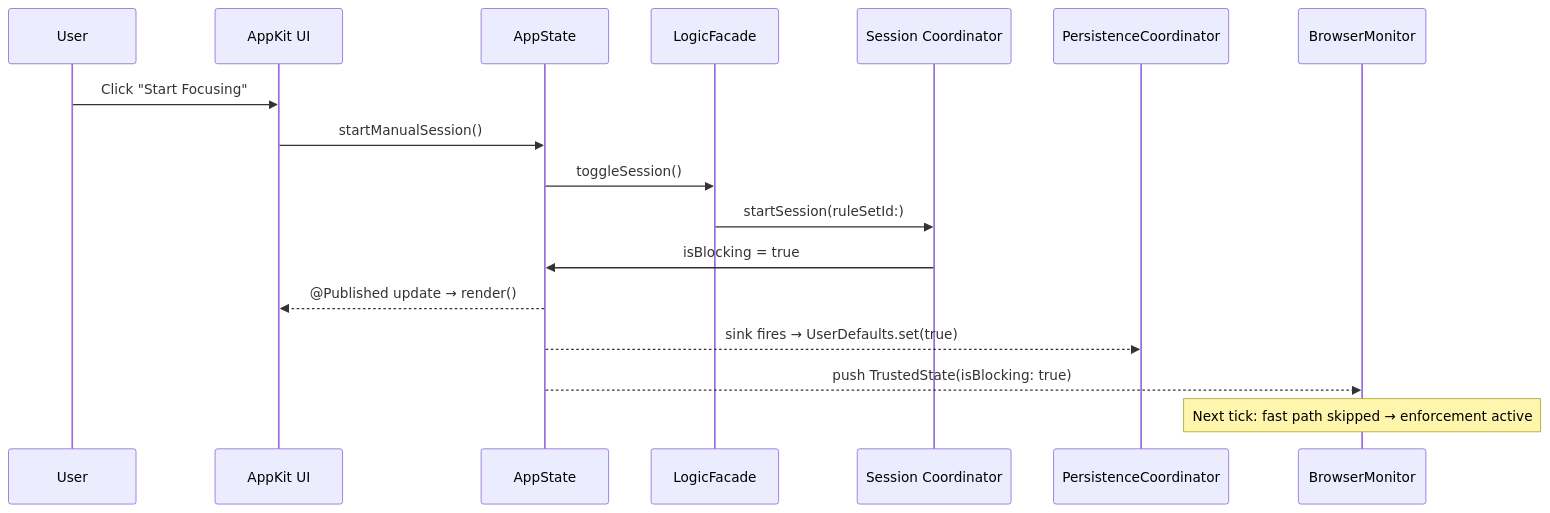
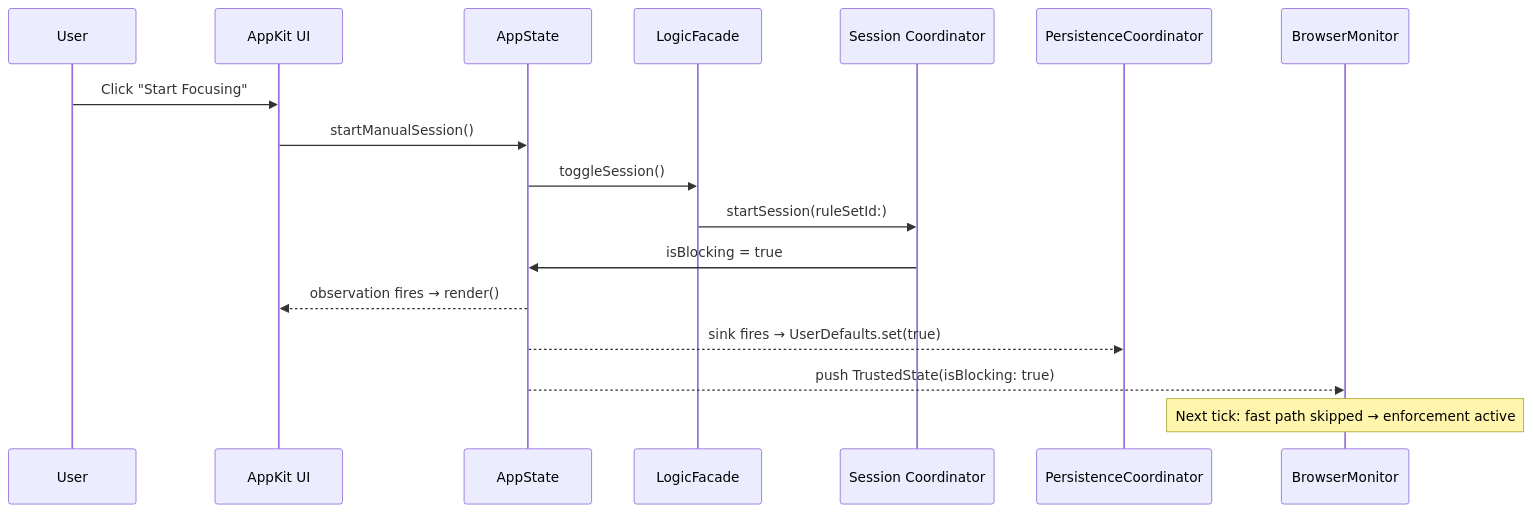
The third of 12 diagrams in Docs/diagrams.md (albibenni/free), drawn with Mermaid before and after one commit. The commit also changed other lines of this file and 5 other files, not shown here.

````diff
--- a/Docs/diagrams.md
+++ b/Docs/diagrams.md
@@ -142,20 +140,20 @@
 ```mermaid
 sequenceDiagram
   participant User
   participant UI as AppKit UI
   participant AS as AppState
   participant Facade as LogicFacade
   participant Coord as Session Coordinator
   participant Persist as PersistenceCoordinator
   participant Monitor as BrowserMonitor
 
   User->>UI: Click "Start Focusing"
   UI->>AS: startManualSession()
   AS->>Facade: toggleSession()
   Facade->>Coord: startSession(ruleSetId:)
   Coord->>AS: isBlocking = true
-  AS-->>UI: @Published update → render()
+  AS-->>UI: observation fires → render()
   AS-->>Persist: sink fires → UserDefaults.set(true)
   AS-->>Monitor: push TrustedState(isBlocking: true)
   Note over Monitor: Next tick: fast path skipped → enforcement active
 ```
````
